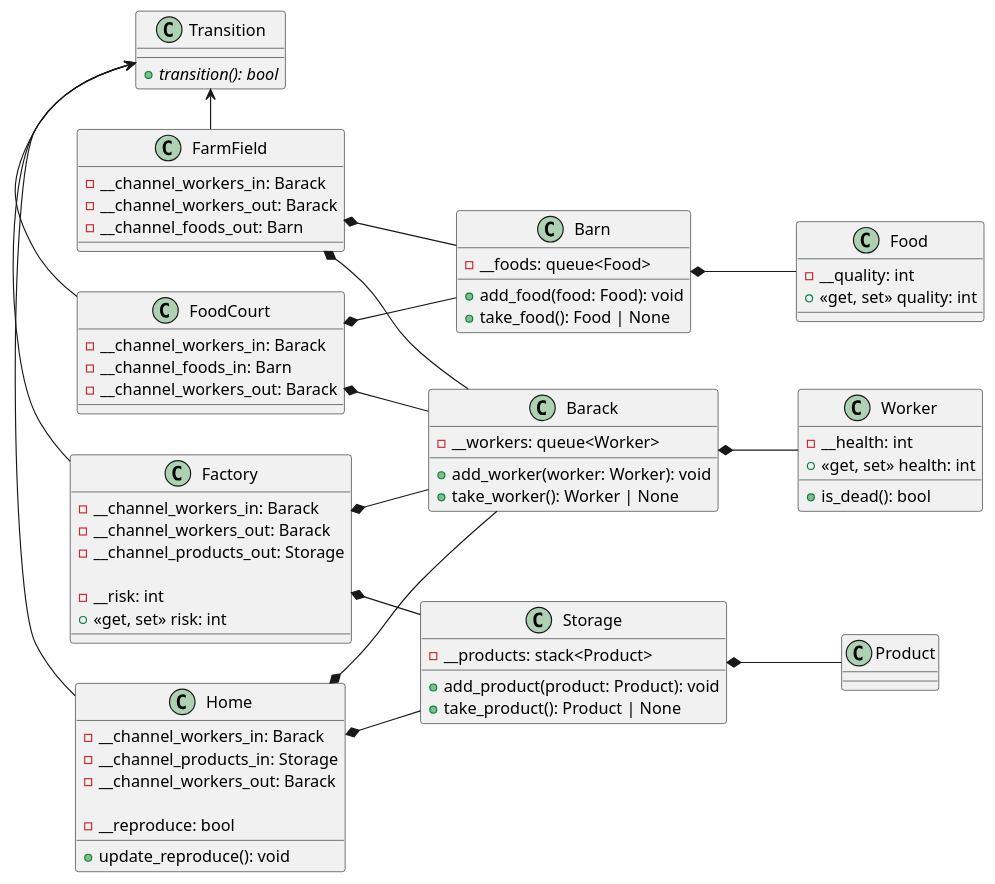
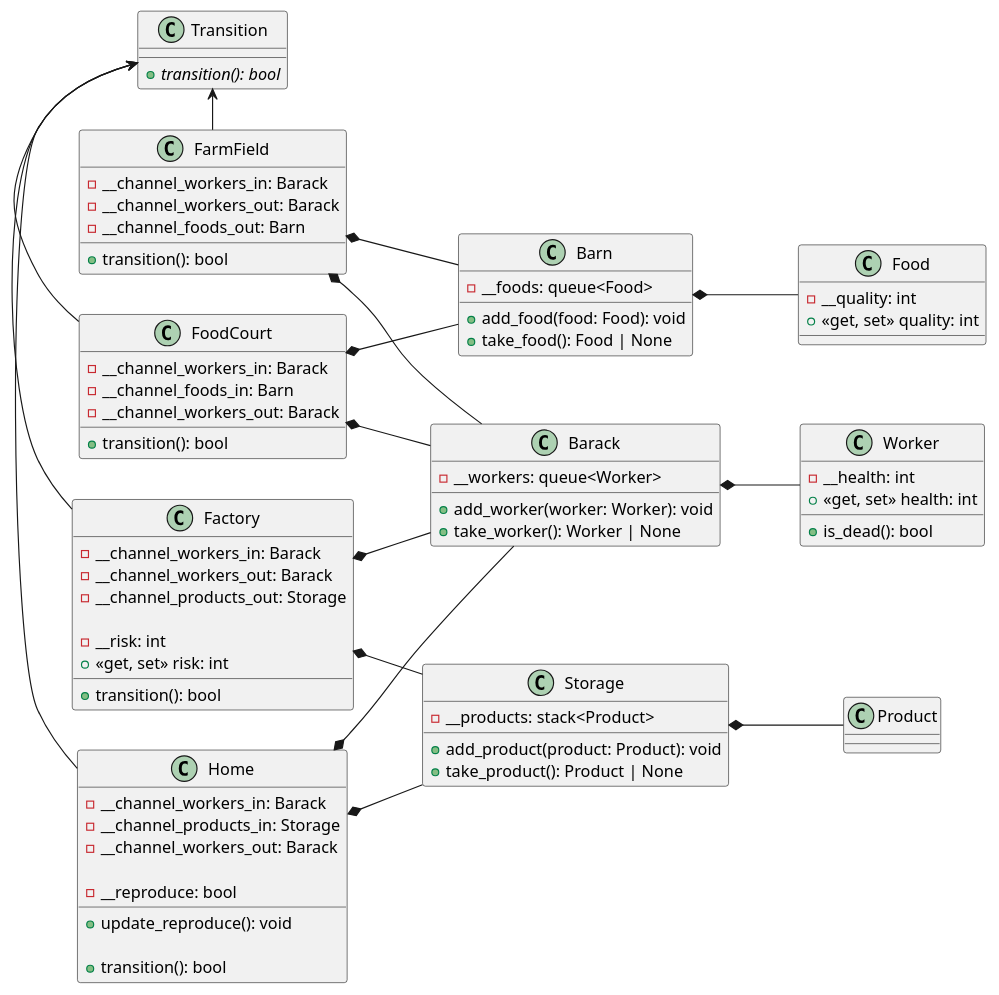
The diagram in SimSimsDesign.wsd (Gamingtoday093/SimSimsDesign), drawn with PlantUML before and after one commit.

Commit message:
Improved Inheritance

```diff
--- a/SimSimsDesign.wsd
+++ b/SimSimsDesign.wsd
@@ -1,98 +1,106 @@
 @startuml SimSimsDesign
 left to right direction
 
 /' Resources '/
 
 class Worker {
     - __health: int
     + <<get, set>> health: int
     + is_dead(): bool
 }
 
 class Food {
     - __quality: int
     + <<get, set>> quality: int
 }
 
 class Product {
     
 }
 
 /' Locations '/    
 
 class Barack {
     - __workers: queue<Worker>
 
     + add_worker(worker: Worker): void
     + take_worker(): Worker | None
 }
 
 class Barn {
     - __foods: queue<Food>
 
     + add_food(food: Food): void
     + take_food(): Food | None
 }
 
 class Storage {
     - __products: stack<Product>
 
     + add_product(product: Product): void
     + take_product(): Product | None
 }
 
 /' Transitions '/
 
 class Transition {
     + {abstract} transition(): bool
 }
 
 class Factory {
     - __channel_workers_in: Barack
     - __channel_workers_out: Barack
     - __channel_products_out: Storage
 
     - __risk: int
     + <<get, set>> risk: int
+
+    + transition(): bool
 }
 
 class FarmField {
     - __channel_workers_in: Barack
     - __channel_workers_out: Barack
     - __channel_foods_out: Barn
+
+    + transition(): bool
 }
 
 class FoodCourt {
     - __channel_workers_in: Barack
     - __channel_foods_in: Barn
     - __channel_workers_out: Barack
+
+    + transition(): bool
 }
 
 class Home {
     - __channel_workers_in: Barack
     - __channel_products_in: Storage
     - __channel_workers_out: Barack
 
     - __reproduce: bool
     + update_reproduce(): void
+
+    + transition(): bool
 }
 
 Transition <- Factory
 Transition <- FarmField
 Transition <- FoodCourt
 Transition <- Home
 
 Factory *-- Barack
 Factory *-- Storage
 FarmField *-- Barack
 FarmField *-- Barn
 FoodCourt *-- Barack
 FoodCourt *-- Barn
 Home *-- Barack
 Home *-- Storage
 
 Barack *-- Worker
 Barn *-- Food
 Storage *-- Product
 
 @enduml
```
